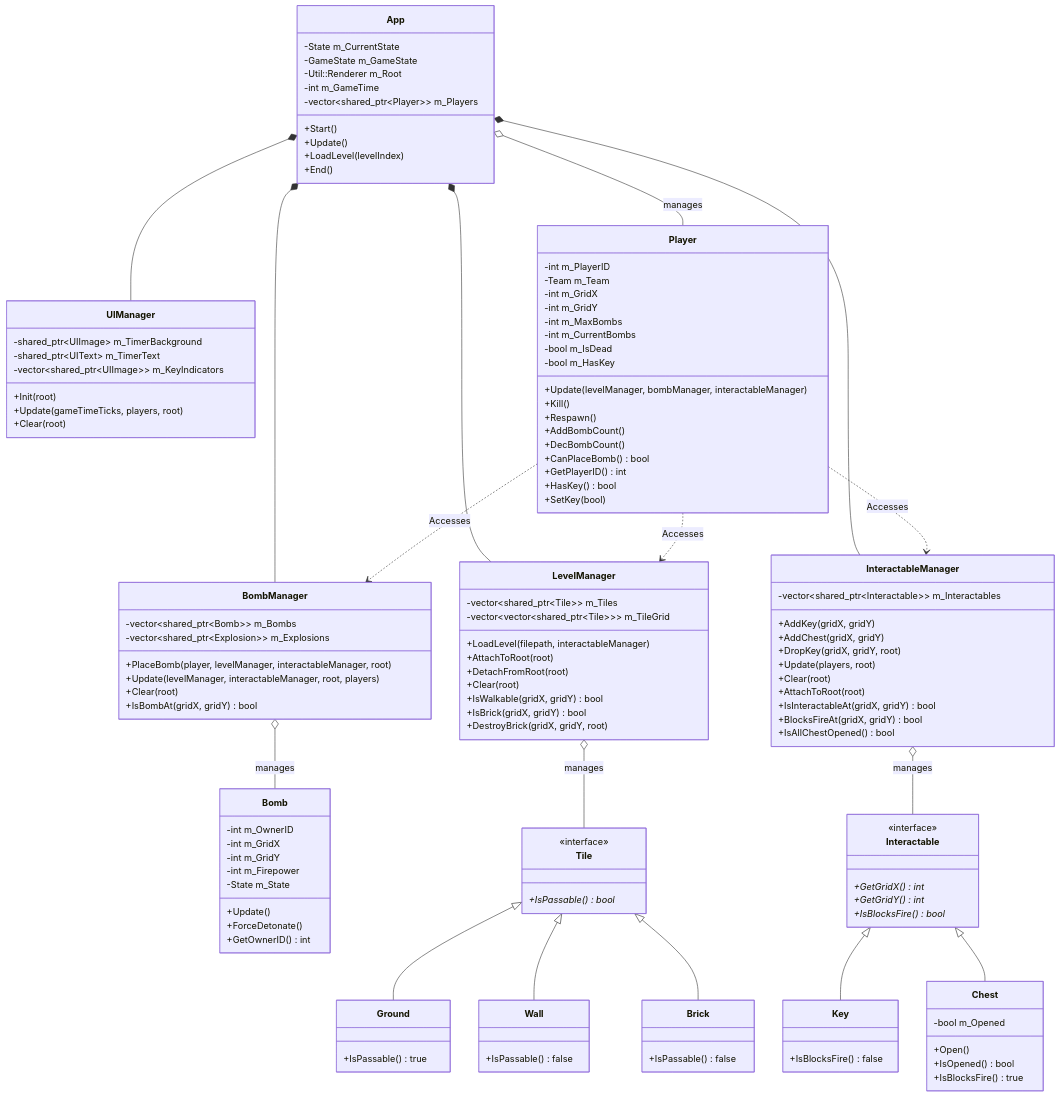
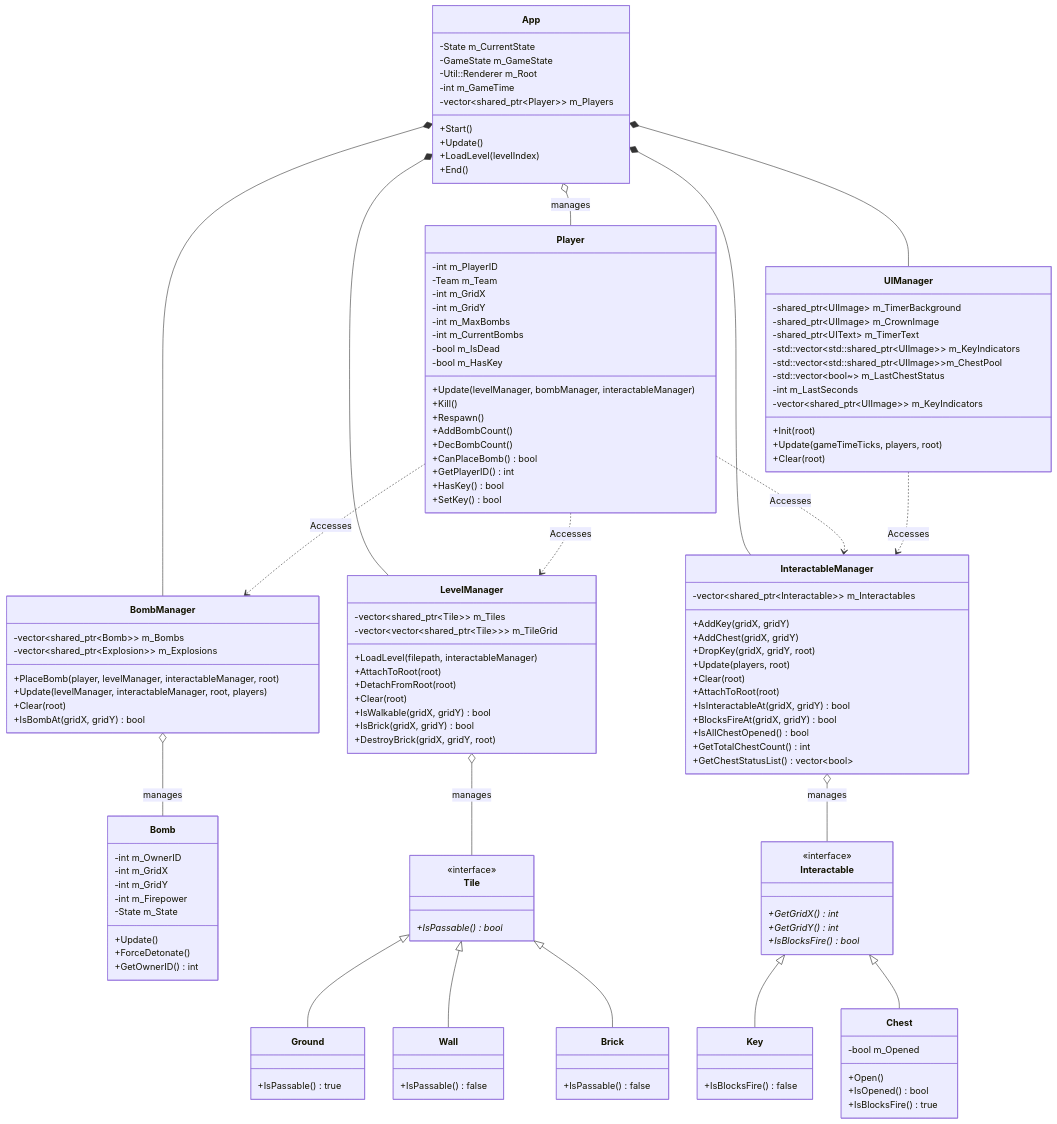
Before and after one commit to chingyen06/OOPL-Super-Bomberman: the second of 2 diagrams in Proposal.md, drawn with Mermaid. The commit also changed other lines of this file and 5 other files, not shown here.

```diff
--- a/Proposal.md
+++ b/Proposal.md
@@ -222,11 +222,18 @@
         +IsInteractableAt(gridX, gridY) bool
         +BlocksFireAt(gridX, gridY) bool
         +IsAllChestOpened() bool
+        +GetTotalChestCount() int
+        +GetChestStatusList() vector~bool~
     }
 
     class UIManager {
         -shared_ptr~UIImage~ m_TimerBackground
+        -shared_ptr~UIImage~ m_CrownImage
         -shared_ptr~UIText~ m_TimerText
+        -std::vector~std::shared_ptr~UIImage~~ m_KeyIndicators
+        -std::vector~std::shared_ptr~UIImage~~m_ChestPool
+        -std::vector~bool~~ m_LastChestStatus
+        -int m_LastSeconds
         -vector~shared_ptr~UIImage~~ m_KeyIndicators
         +Init(root)
         +Update(gameTimeTicks, players, root)
@@ -251,7 +258,7 @@
         +CanPlaceBomb() bool
         +GetPlayerID() int
         +HasKey() bool
-        +SetKey(bool)
+        +SetKey() bool
     }
 
     class Bomb {
@@ -312,6 +319,8 @@
     Player ..> BombManager : Accesses
     Player ..> LevelManager : Accesses
     Player ..> InteractableManager : Accesses
+
+    UIManager ..> InteractableManager : Accesses
     
     BombManager o-- Bomb : manages
     LevelManager o-- Tile : manages
```
